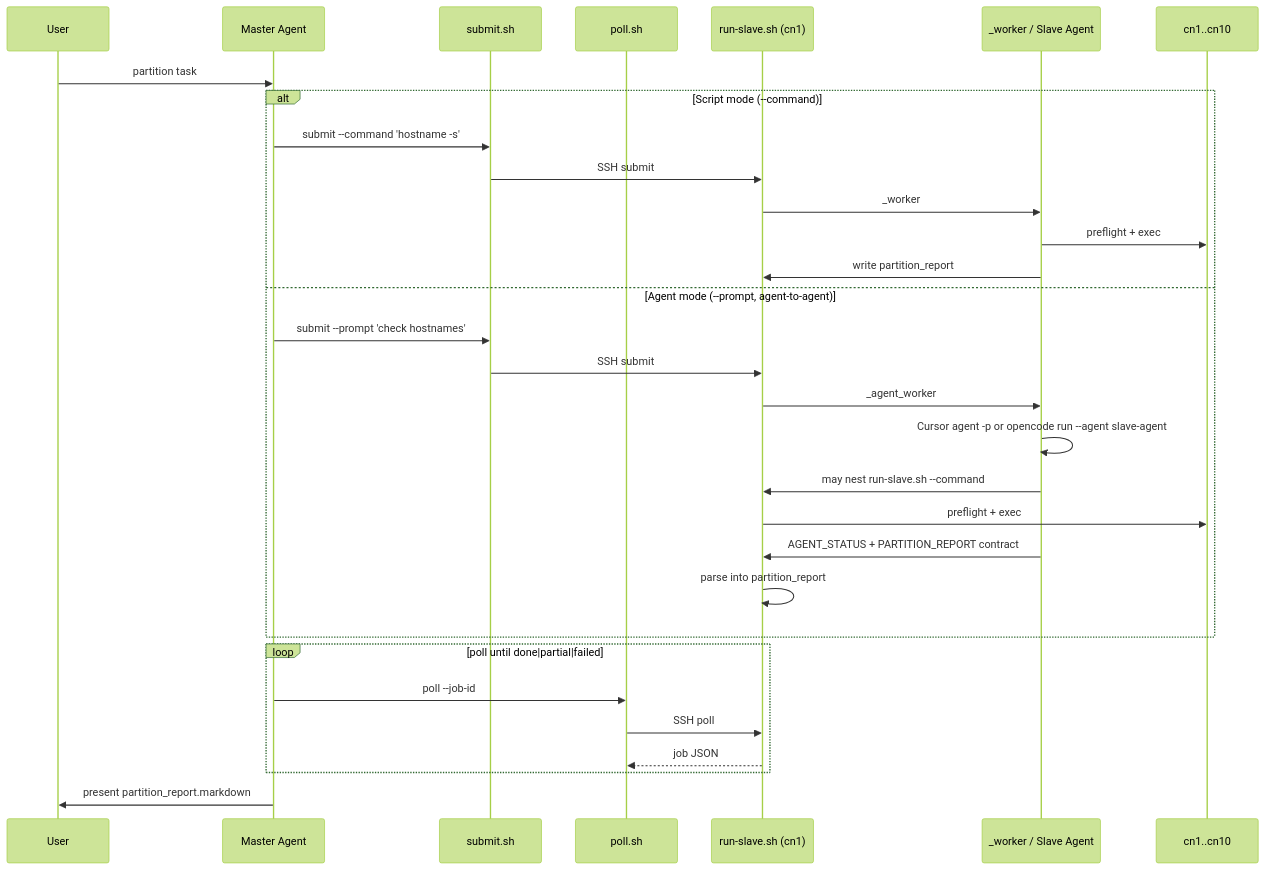
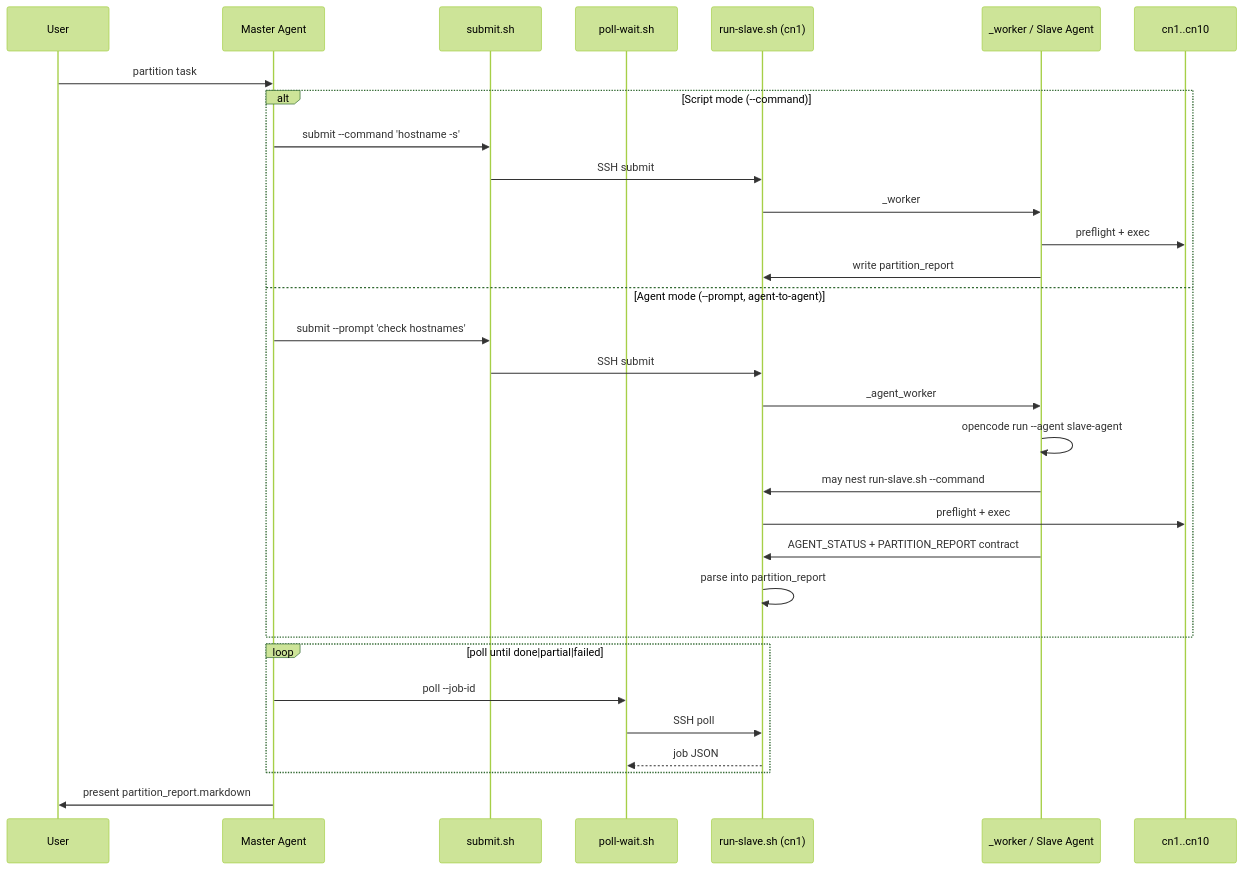
The fourth of 4 diagrams in docs/architecture.md (voidspiral/ClusterHelm), drawn with Mermaid (forest theme) before and after one commit. The commit also changed other lines of this file and 51 other files, not shown here.

````diff
--- a/docs/architecture.md
+++ b/docs/architecture.md
@@ -152,34 +148,34 @@
 ```mermaid
 sequenceDiagram
   participant User as User
   participant MA as Master Agent
   participant SS as submit.sh
-  participant PS as poll.sh
+  participant PS as poll-wait.sh
   participant RS as run-slave.sh (cn1)
   participant Exec as _worker / Slave Agent
   participant Node as cn1..cn10
 
   User->>MA: partition task
   alt Script mode (--command)
     MA->>SS: submit --command 'hostname -s'
     SS->>RS: SSH submit
     RS->>Exec: _worker
     Exec->>Node: preflight + exec
     Exec->>RS: write partition_report
   else Agent mode (--prompt, agent-to-agent)
     MA->>SS: submit --prompt 'check hostnames'
     SS->>RS: SSH submit
     RS->>Exec: _agent_worker
-    Exec->>Exec: Cursor agent -p or opencode run --agent slave-agent
+    Exec->>Exec: opencode run --agent slave-agent
     Exec->>RS: may nest run-slave.sh --command
     RS->>Node: preflight + exec
     Exec->>RS: AGENT_STATUS + PARTITION_REPORT contract
     RS->>RS: parse into partition_report
   end
   loop poll until done|partial|failed
     MA->>PS: poll --job-id
     PS->>RS: SSH poll
     RS-->>PS: job JSON
   end
   MA->>User: present partition_report.markdown
 ```
````
